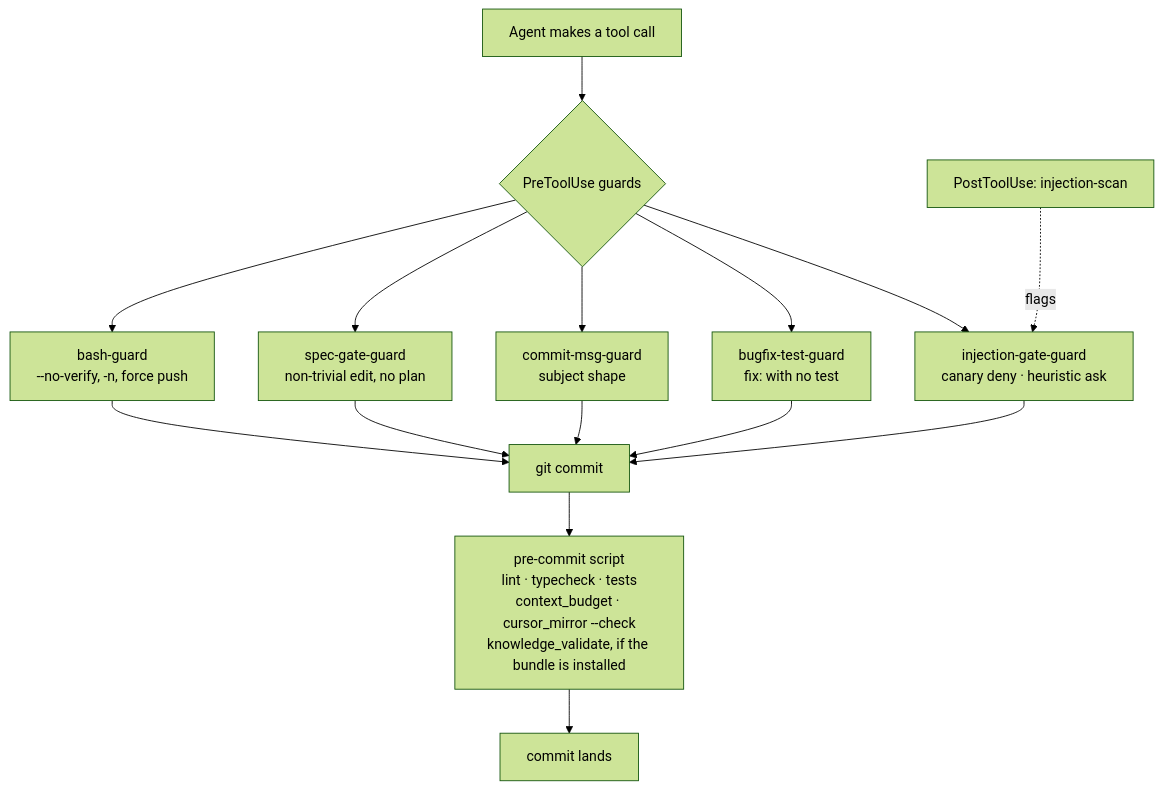
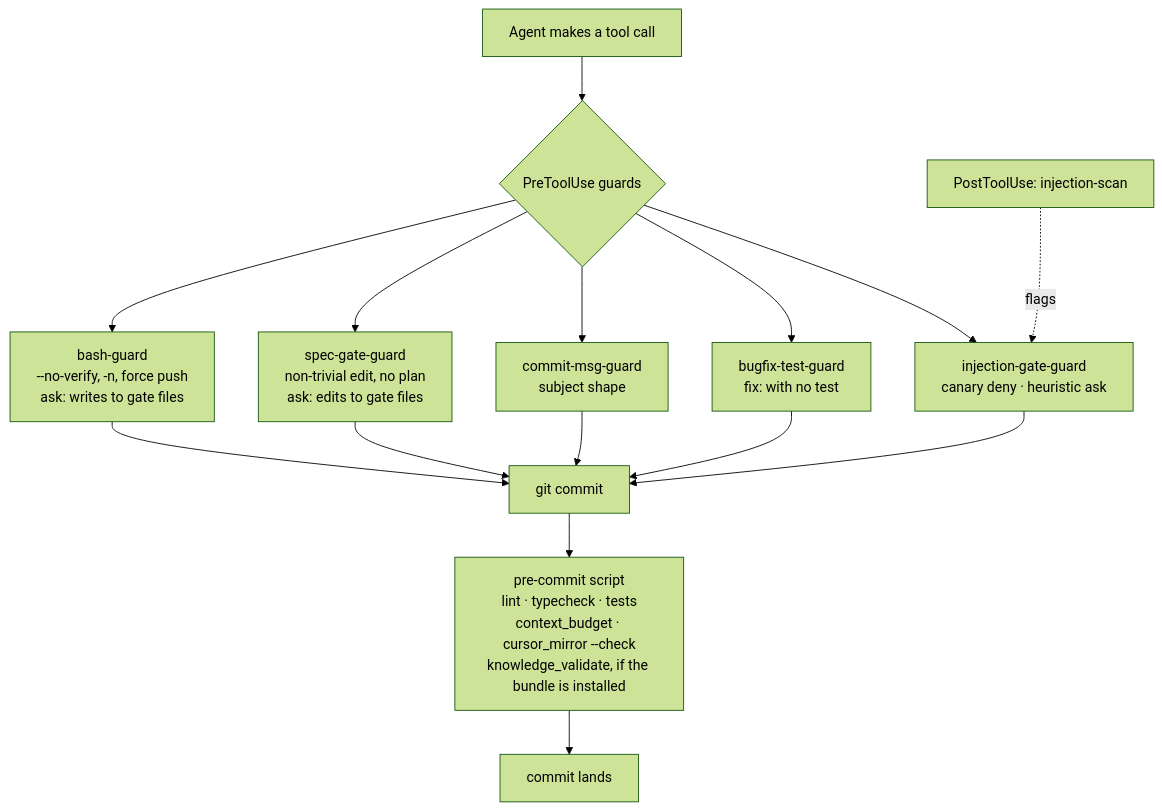
Before and after one commit to tammai/bigin-skills: the diagram in docs/GATES.md, drawn with Mermaid (forest theme). The commit also changed other lines of this file and 90 other files, not shown here.

````diff
--- a/docs/GATES.md
+++ b/docs/GATES.md
@@ -24,20 +24,20 @@
 ```mermaid
 flowchart TD
     T["Agent makes a tool call"] --> P{"PreToolUse guards"}
-    P --> B["bash-guard<br/>--no-verify, -n, force push"]
-    P --> S["spec-gate-guard<br/>non-trivial edit, no plan"]
+    P --> B["bash-guard<br/>--no-verify, -n, force push<br/>ask: writes to gate files"]
+    P --> S["spec-gate-guard<br/>non-trivial edit, no plan<br/>ask: edits to gate files"]
     P --> M["commit-msg-guard<br/>subject shape"]
     P --> F["bugfix-test-guard<br/>fix: with no test"]
     P --> I["injection-gate-guard<br/>canary deny · heuristic ask"]
 
     B --> C["git commit"]
     S --> C
     M --> C
     F --> C
     I --> C
 
     C --> G["pre-commit script<br/>lint · typecheck · tests<br/>context_budget · cursor_mirror --check<br/>knowledge_validate, if the bundle is installed"]
     G --> D["commit lands"]
 
     O["PostToolUse: injection-scan"] -.->|"flags"| I
 ```
````
